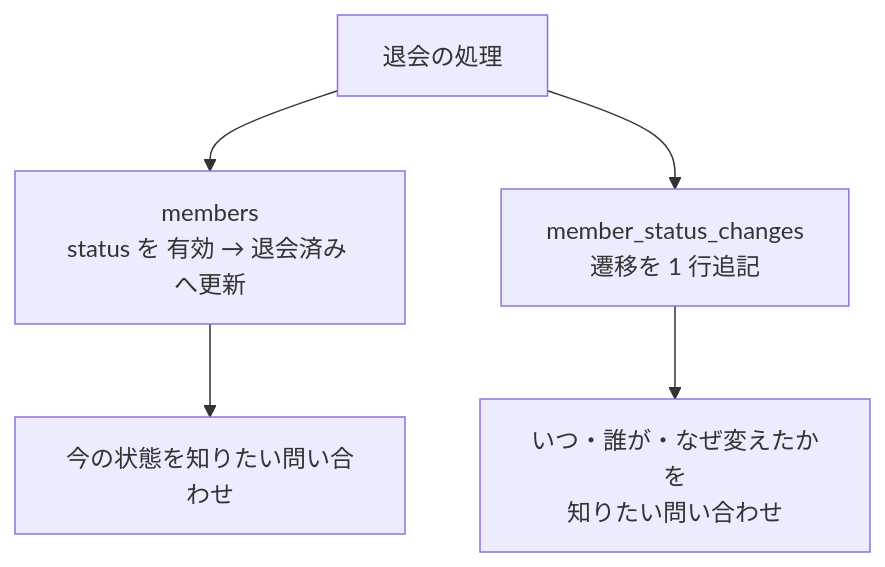
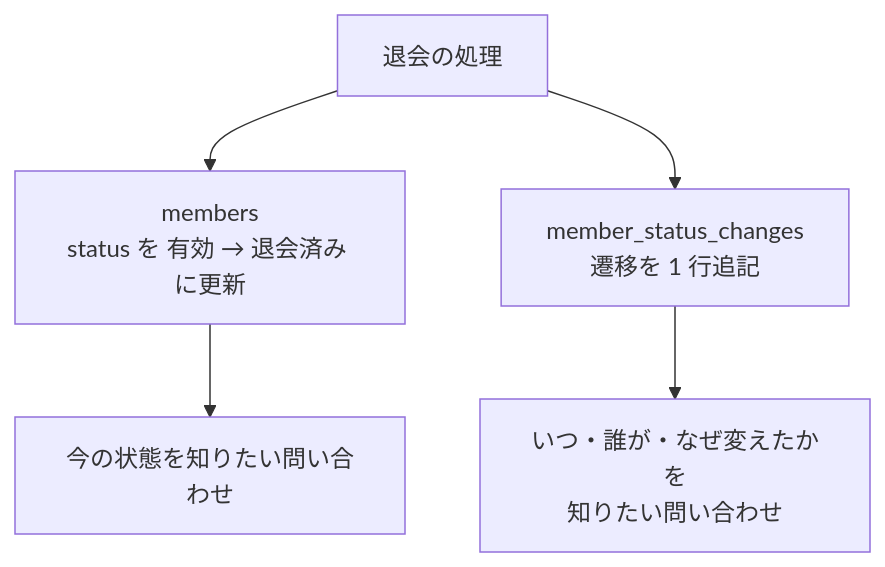
Before and after one commit to nao1215/debimate: the fifth of 7 diagrams in content/notes/database-systems/soft-delete/index.md, drawn with Mermaid. The commit also changed other lines of this file and 46 other files, not shown here.

````diff
--- a/content/notes/database-systems/soft-delete/index.md
+++ b/content/notes/database-systems/soft-delete/index.md
@@ -182,7 +182,7 @@
 ```mermaid
 flowchart TB
-    U["退会の処理"] --> M["members<br/>status を 有効 → 退会済み へ更新"]
+    U["退会の処理"] --> M["members<br/>status を 有効 → 退会済み に更新"]
     U --> H["member_status_changes<br/>遷移を 1 行追記"]
     M --> Q1["今の状態を知りたい問い合わせ"]
     H --> Q2["いつ・誰が・なぜ変えたかを<br/>知りたい問い合わせ"]
 ```
````
